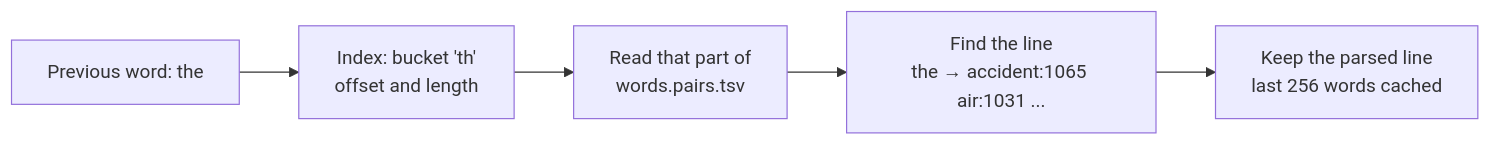
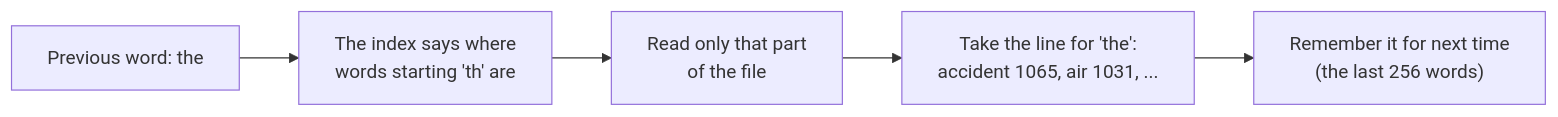
The fourth of 6 diagrams in README.md (Pixxel123/tapless.koplugin), drawn with Mermaid before and after one commit. The commit also changed other lines of this file, not shown here.

First line of the commit message:
Simplify the README's diagrams

````diff
--- a/README.md
+++ b/README.md
@@ -413,7 +403,7 @@
 ```mermaid
 flowchart LR
-    A["Previous word: the"] --> B["Index: bucket 'th'<br/>offset and length"]
-    B --> C["Read that part of<br/>words.pairs.tsv"]
-    C --> D["Find the line<br/>the → accident:1065 air:1031 ..."]
-    D --> E["Keep the parsed line<br/>last 256 words cached"]
+    A["Previous word: the"] --> B["The index says where<br/>words starting 'th' are"]
+    B --> C["Read only that part<br/>of the file"]
+    C --> D["Take the line for 'the':<br/>accident 1065, air 1031, ..."]
+    D --> E["Remember it for next time<br/>(the last 256 words)"]
 ```
````
